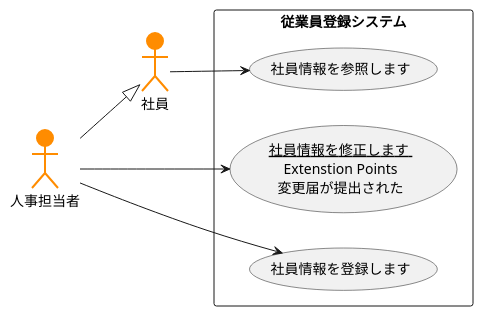
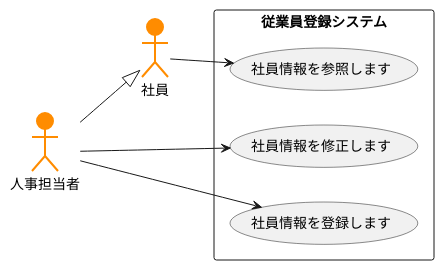
One commit to isikawayuto/uml-introduction changed the diagram in 演習2-6_盛岡システム_従業員登録システム.pu. Above: the diagram before and after it, drawn with PlantUML.

Commit message:
演習2-6

```diff
--- a/演習2-6_盛岡システム_従業員登録システム.pu
+++ b/演習2-6_盛岡システム_従業員登録システム.pu
@@ -1,14 +1,14 @@
 @startuml ユースケース図
 left to right direction
 actor 人事担当者 #ff8c00;line:Darkorange;line.bold;
 actor 社員 #ff8c00;line:Darkorange;line.bold;
 rectangle 従業員登録システム{
-usecase (<u>社員情報を修正します<u> \nExtenstion Points\n変更届が提出された) as input
+usecase 社員情報を修正します
 usecase 社員情報を登録します
 usecase 社員情報を参照します
 }
 社員 --> 社員情報を参照します
-人事担当者--> input
+人事担当者--> 社員情報を修正します
 人事担当者 --> 社員情報を登録します
 人事担当者 --|> 社員
 @enduml
```
